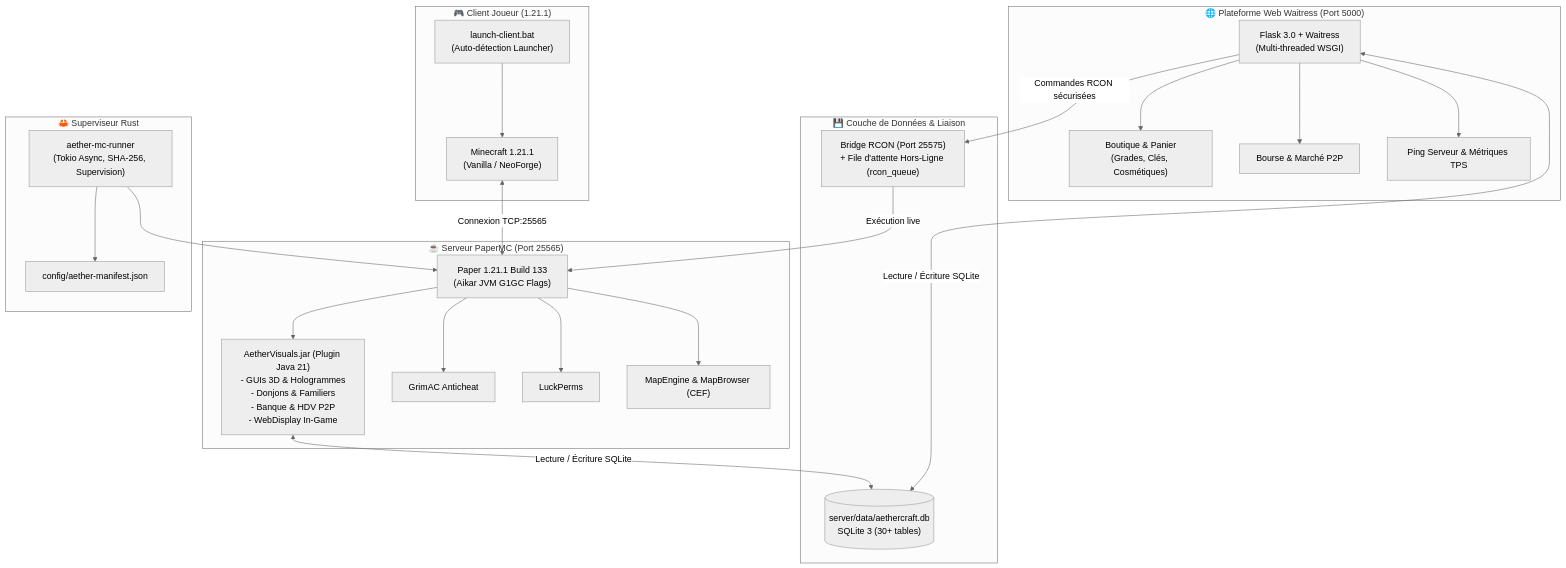
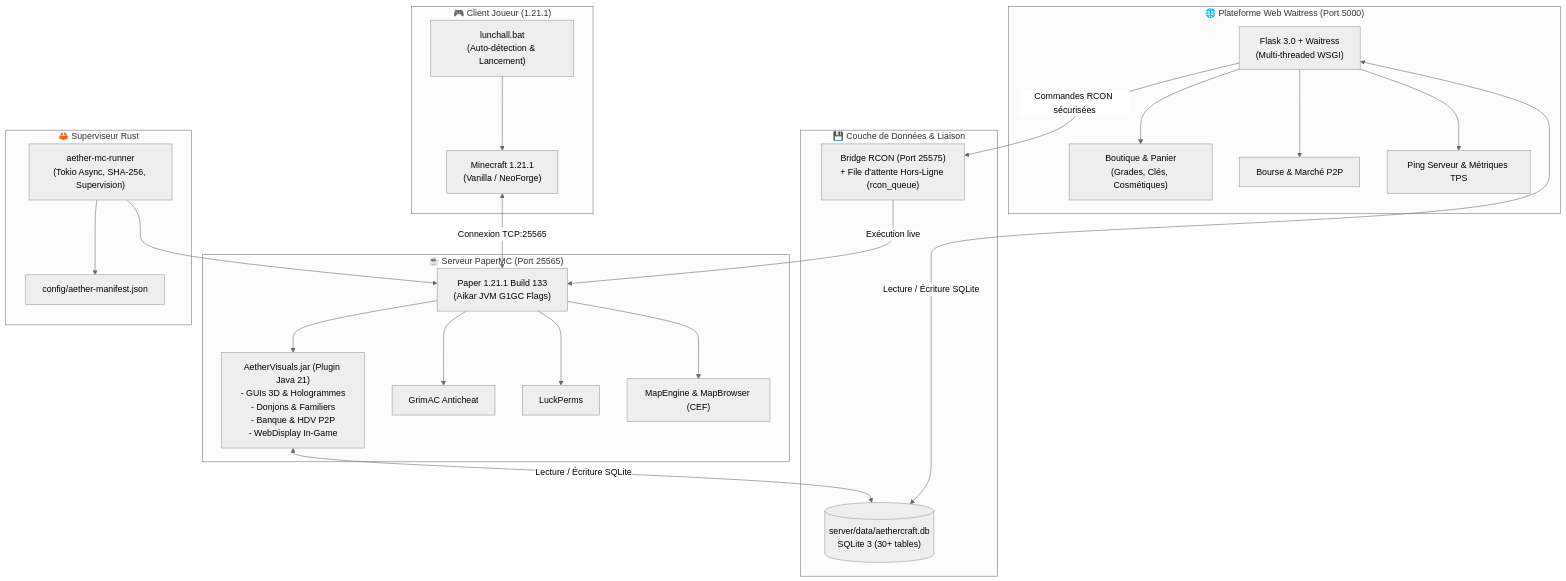
The diagram in README.md (maxxwwim/AetherCraft-Plateforme-MMORPG-Minecraft-Paper-Web-Control-Planel), drawn with Mermaid (neutral theme) before and after one commit. The commit also changed other lines of this file and 11 other files, not shown here.

````diff
--- a/README.md
+++ b/README.md
@@ -61,48 +64,48 @@
 ```mermaid
 graph TD
     subgraph Client ["🎮 Client Joueur (1.21.1)"]
         MC["Minecraft 1.21.1\n(Vanilla / NeoForge)"]
-        CL["launch-client.bat\n(Auto-détection Launcher)"]
+        CL["lunchall.bat\n(Auto-détection & Lancement)"]
         CL --> MC
     end
 
     subgraph MinecraftServer ["☕ Serveur PaperMC (Port 25565)"]
         Paper["Paper 1.21.1 Build 133\n(Aikar JVM G1GC Flags)"]
         AV["AetherVisuals.jar (Plugin Java 21)\n- GUIs 3D & Hologrammes\n- Donjons & Familiers\n- Banque & HDV P2P\n- WebDisplay In-Game"]
         Grim["GrimAC Anticheat"]
         LP["LuckPerms"]
         ME["MapEngine & MapBrowser (CEF)"]
         Paper --> AV
         Paper --> Grim
         Paper --> LP
         Paper --> ME
     end
 
     subgraph WebApp ["🌐 Plateforme Web Waitress (Port 5000)"]
         Flask["Flask 3.0 + Waitress\n(Multi-threaded WSGI)"]
         Store["Boutique & Panier\n(Grades, Clés, Cosmétiques)"]
         HDV["Bourse & Marché P2P"]
         LiveStats["Ping Serveur & Métriques TPS"]
         Flask --> Store
         Flask --> HDV
         Flask --> LiveStats
     end
 
     subgraph Persistence ["💾 Couche de Données & Liaison"]
         DB[("server/data/aethercraft.db\nSQLite 3 (30+ tables)")]
         RCON["Bridge RCON (Port 25575)\n+ File d'attente Hors-Ligne (rcon_queue)"]
     end
 
     subgraph Supervisor ["🦀 Superviseur Rust"]
         Runner["aether-mc-runner\n(Tokio Async, SHA-256, Supervision)"]
         Manifest["config/aether-manifest.json"]
         Runner --> Manifest
         Runner --> Paper
     end
 
     MC <-->|Connexion TCP:25565| Paper
     AV <-->|Lecture / Écriture SQLite| DB
     Flask <-->|Lecture / Écriture SQLite| DB
     Flask -->|Commandes RCON sécurisées| RCON
     RCON -->|Exécution live| Paper
 ```
````
